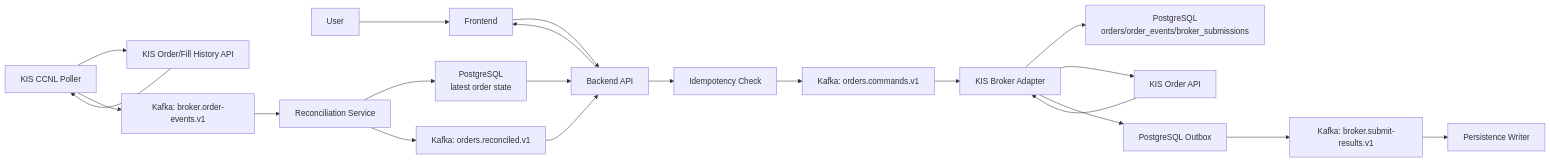
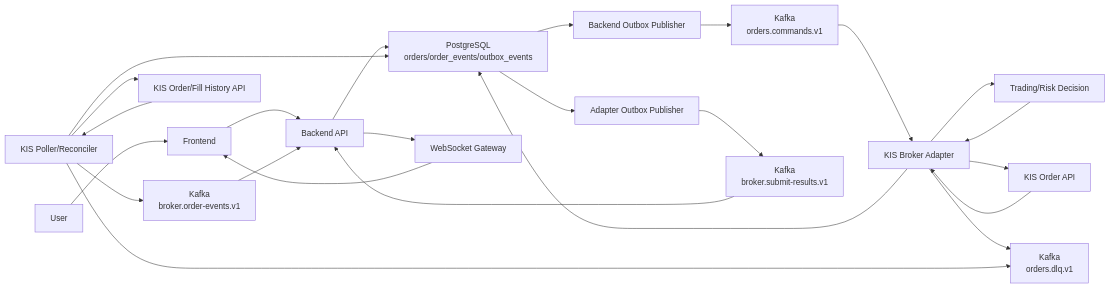
Before and after one commit to seunglee10/GOPS-BE: the first of 6 diagrams in docs/architecture.md, drawn with Mermaid. The commit also changed other lines of this file and 5 other files, not shown here.

````diff
--- a/docs/architecture.md
+++ b/docs/architecture.md
@@ -20,26 +25,30 @@
 ```mermaid
 flowchart LR
-    User["User"] --> Frontend["Frontend"]
-    Frontend --> Backend["Backend API"]
-    Backend --> Idem["Idempotency Check"]
-    Idem --> OrdersCmd["Kafka: orders.commands.v1"]
+  User["User"] --> FE["Frontend"]
+  FE --> API["Backend API"]
+  API --> DB["PostgreSQL<br/>orders/order_events/outbox_events"]
+  DB --> CmdOutbox["Backend Outbox Publisher"]
+  CmdOutbox --> Commands["Kafka<br/>orders.commands.v1"]
 
-    OrdersCmd --> Adapter["KIS Broker Adapter"]
-    Adapter --> Pg1["PostgreSQL<br/>orders/order_events/broker_submissions"]
-    Adapter --> KisApi["KIS Order API"]
-    KisApi --> Adapter
-    Adapter --> Outbox["PostgreSQL Outbox"]
-    Outbox --> SubmitResults["Kafka: broker.submit-results.v1"]
+  Commands --> Adapter["KIS Broker Adapter"]
+  Adapter --> Risk["Trading/Risk Decision"]
+  Risk --> Adapter
+  Adapter --> KIS["KIS Order API"]
+  KIS --> Adapter
+  Adapter --> DB
+  DB --> ResultOutbox["Adapter Outbox Publisher"]
+  ResultOutbox --> SubmitResults["Kafka<br/>broker.submit-results.v1"]
 
-    Poller["KIS CCNL Poller"] --> KisCcnl["KIS Order/Fill History API"]
-    KisCcnl --> Poller
-    Poller --> BrokerEvents["Kafka: broker.order-events.v1"]
+  Poller["KIS Poller/Reconciler"] --> KISHistory["KIS Order/Fill History API"]
+  KISHistory --> Poller
+  Poller --> DB
+  Poller --> BrokerEvents["Kafka<br/>broker.order-events.v1"]
 
-    SubmitResults --> Writer["Persistence Writer"]
-    BrokerEvents --> Reconcile["Reconciliation Service"]
-    Reconcile --> Pg2["PostgreSQL<br/>latest order state"]
-    Reconcile --> Reconciled["Kafka: orders.reconciled.v1"]
-    Reconciled --> Backend
-    Pg2 --> Backend
-    Backend --> Frontend
+  SubmitResults --> API
+  BrokerEvents --> API
+  API --> WSGW["WebSocket Gateway"]
+  WSGW --> FE
+
+  Adapter --> DLQ["Kafka<br/>orders.dlq.v1"]
+  Poller --> DLQ
 ```
````
